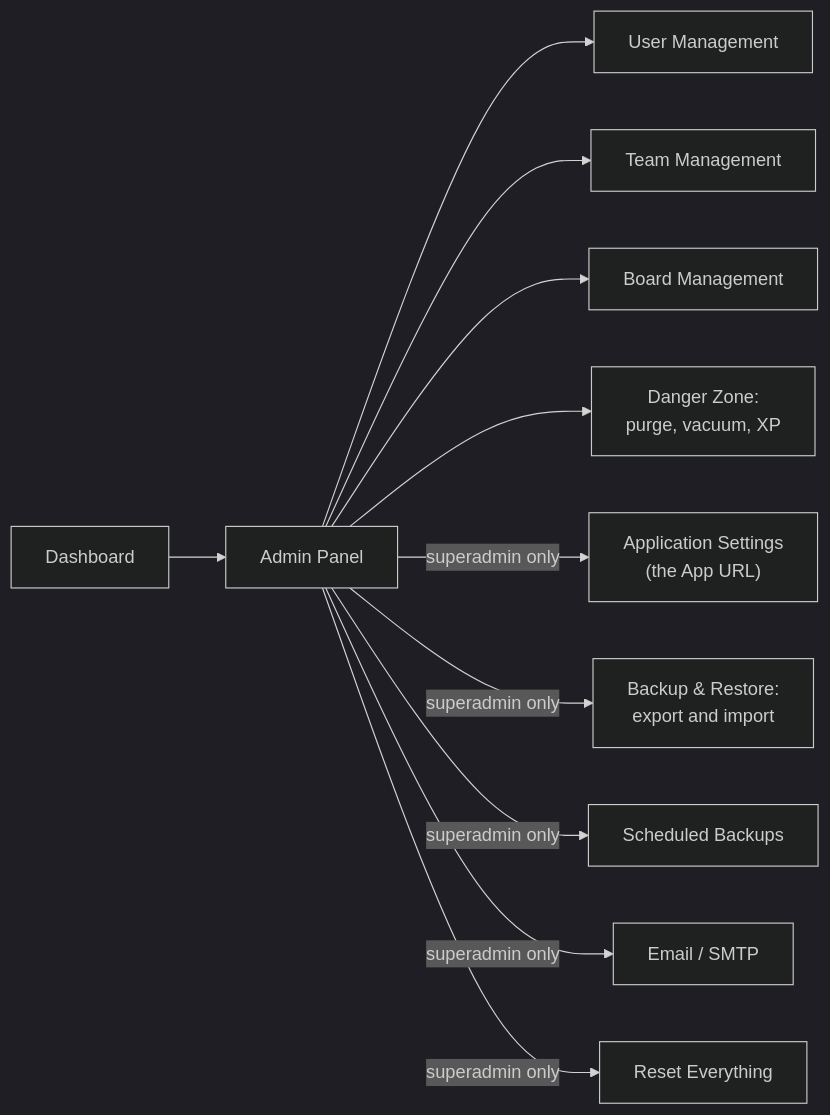
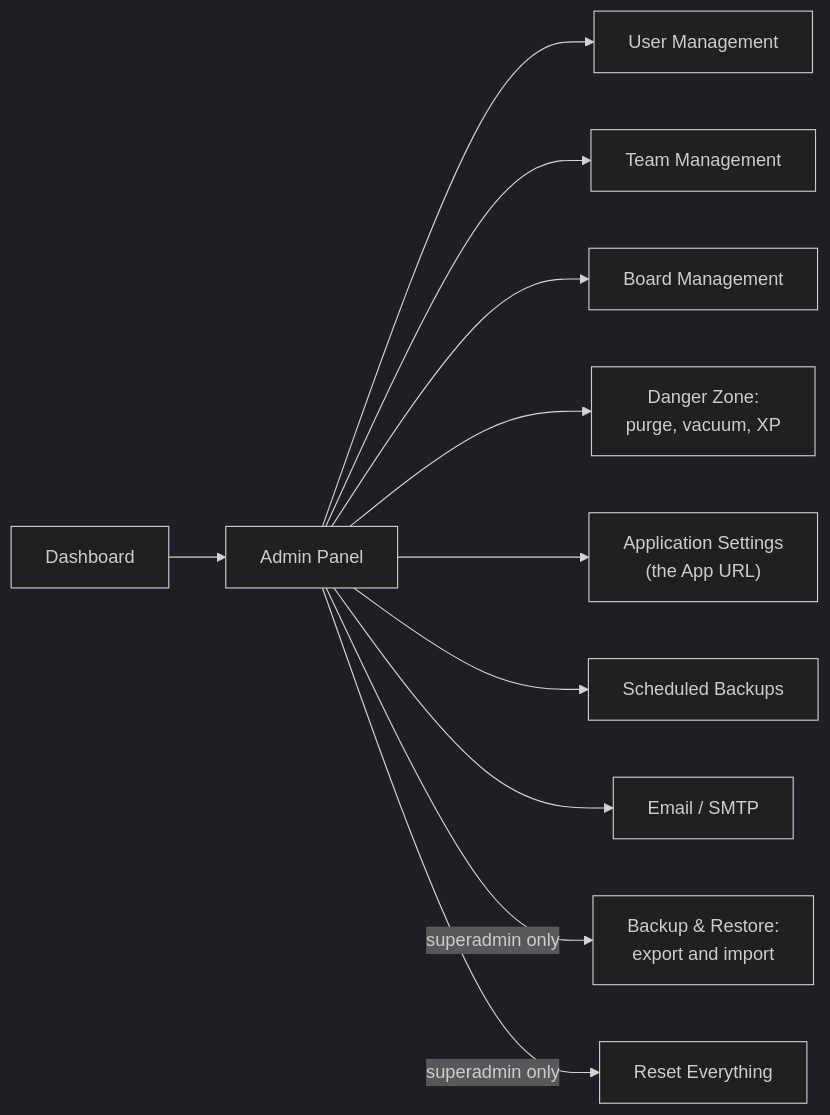
The first of 10 diagrams in docs/admin-guide.md (gitBoon/DumpFire), drawn with Mermaid (dark theme) before and after one commit. The commit also changed other lines of this file and 33 other files, not shown here.

````diff
--- a/docs/admin-guide.md
+++ b/docs/admin-guide.md
@@ -34,13 +34,13 @@
 ```mermaid
 flowchart LR
     Dashboard["Dashboard"] --> Admin["Admin Panel"]
     Admin --> Users["User Management"]
     Admin --> Teams["Team Management"]
     Admin --> Boards["Board Management"]
     Admin --> Danger["Danger Zone:\npurge, vacuum, XP"]
-    Admin -->|"superadmin only"| Settings["Application Settings\n(the App URL)"]
+    Admin --> Settings["Application Settings\n(the App URL)"]
+    Admin --> Backups["Scheduled Backups"]
+    Admin --> SMTP["Email / SMTP"]
     Admin -->|"superadmin only"| Restore["Backup & Restore:\nexport and import"]
-    Admin -->|"superadmin only"| Backups["Scheduled Backups"]
-    Admin -->|"superadmin only"| SMTP["Email / SMTP"]
     Admin -->|"superadmin only"| Reset["Reset Everything"]
 ```
````
